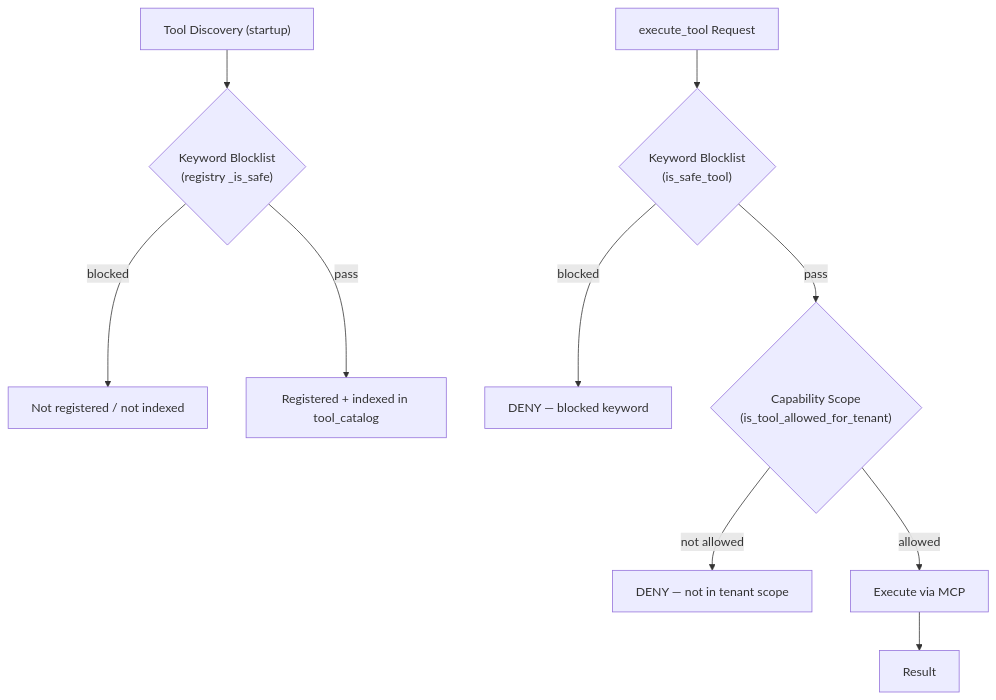
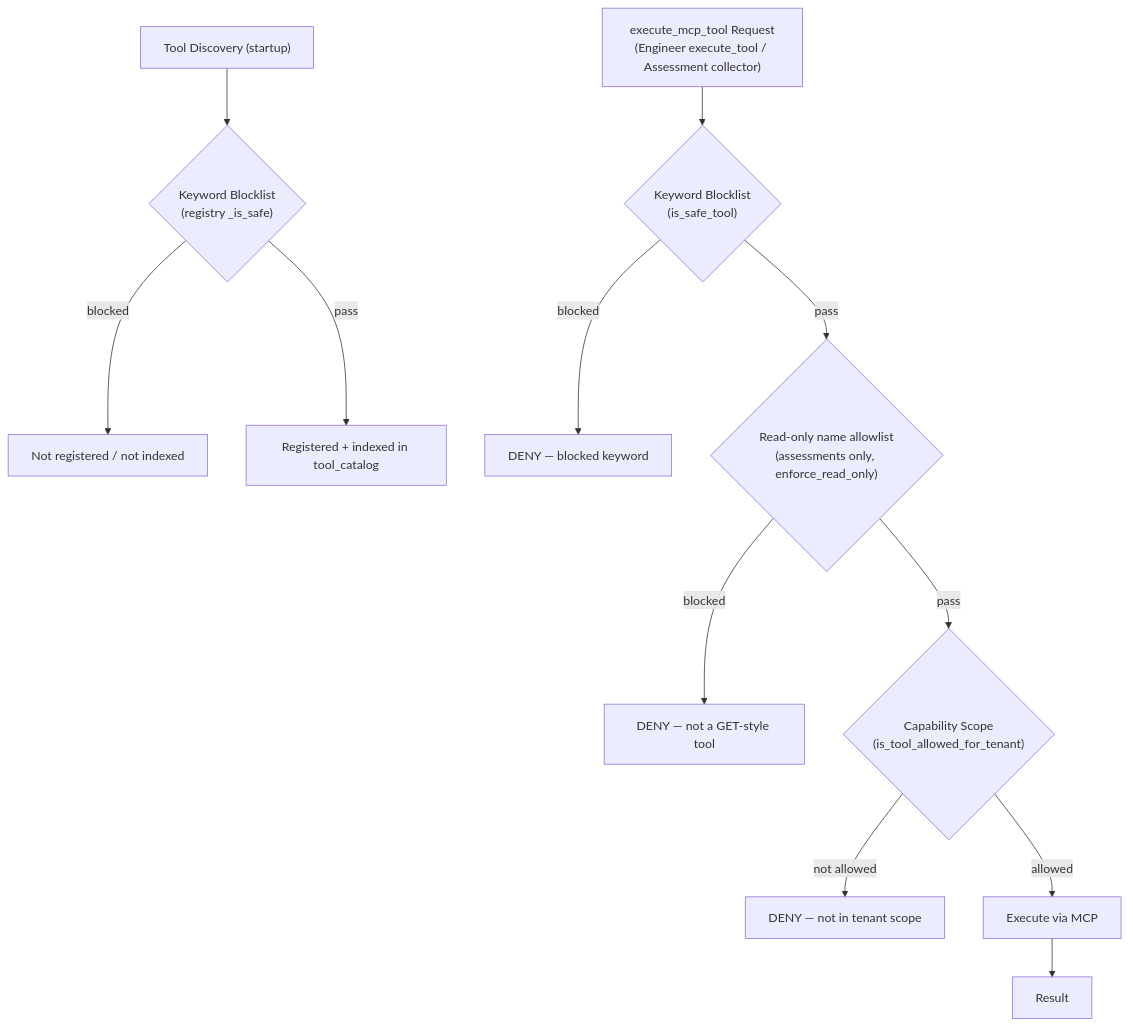
The diagram in docs/architecture/safety_and_governance.md (jofra02/L8R), drawn with Mermaid before and after one commit. The commit also changed other lines of this file and 5 other files, not shown here.

First line of the commit message:
docs(architecture): sync all architecture docs with current implementation

````diff
--- a/docs/architecture/safety_and_governance.md
+++ b/docs/architecture/safety_and_governance.md
@@ -13,13 +13,15 @@
 ```mermaid
 flowchart TD
     DISC["Tool Discovery (startup)"] --> KW0{"Keyword Blocklist\n(registry _is_safe)"}
     KW0 -->|blocked| SKIP["Not registered / not indexed"]
     KW0 -->|pass| REG["Registered + indexed in tool_catalog"]
 
-    REQ["execute_tool Request"] --> KW{"Keyword Blocklist\n(is_safe_tool)"}
+    REQ["execute_mcp_tool Request\n(Engineer execute_tool / Assessment collector)"] --> KW{"Keyword Blocklist\n(is_safe_tool)"}
     KW -->|blocked| DENY["DENY — blocked keyword"]
-    KW -->|pass| CS{"Capability Scope\n(is_tool_allowed_for_tenant)"}
+    KW -->|pass| RO{"Read-only name allowlist\n(assessments only, enforce_read_only)"}
+    RO -->|blocked| DENY0["DENY — not a GET-style tool"]
+    RO -->|pass| CS{"Capability Scope\n(is_tool_allowed_for_tenant)"}
     CS -->|not allowed| DENY2["DENY — not in tenant scope"]
     CS -->|allowed| EXEC["Execute via MCP"]
     EXEC --> RES["Result"]
 ```
````
